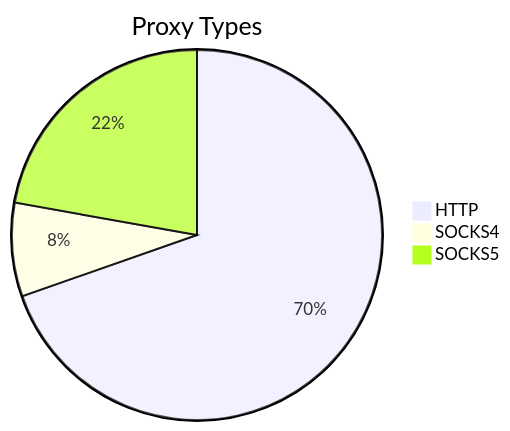
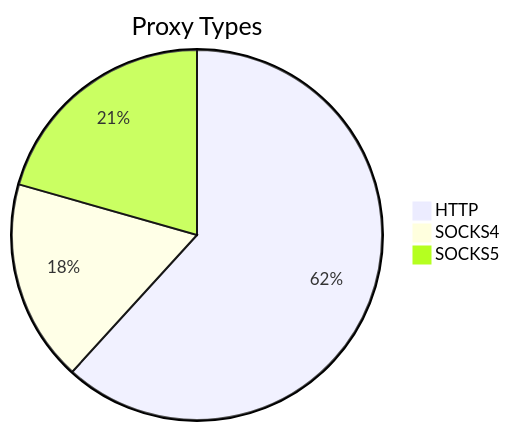
One commit to stormsia/proxy-list changed the first of 2 diagrams in README.md. Above: the diagram before and after it, drawn with Mermaid. The commit also changed other lines of this file, not shown here.

````diff
--- a/README.md
+++ b/README.md
@@ -21,6 +21,6 @@
 ```mermaid
 pie title Proxy Types
-    "HTTP" : 273
-    "SOCKS4" : 32
-    "SOCKS5" : 87
+    "HTTP" : 378
+    "SOCKS4" : 108
+    "SOCKS5" : 126
 ```
````
